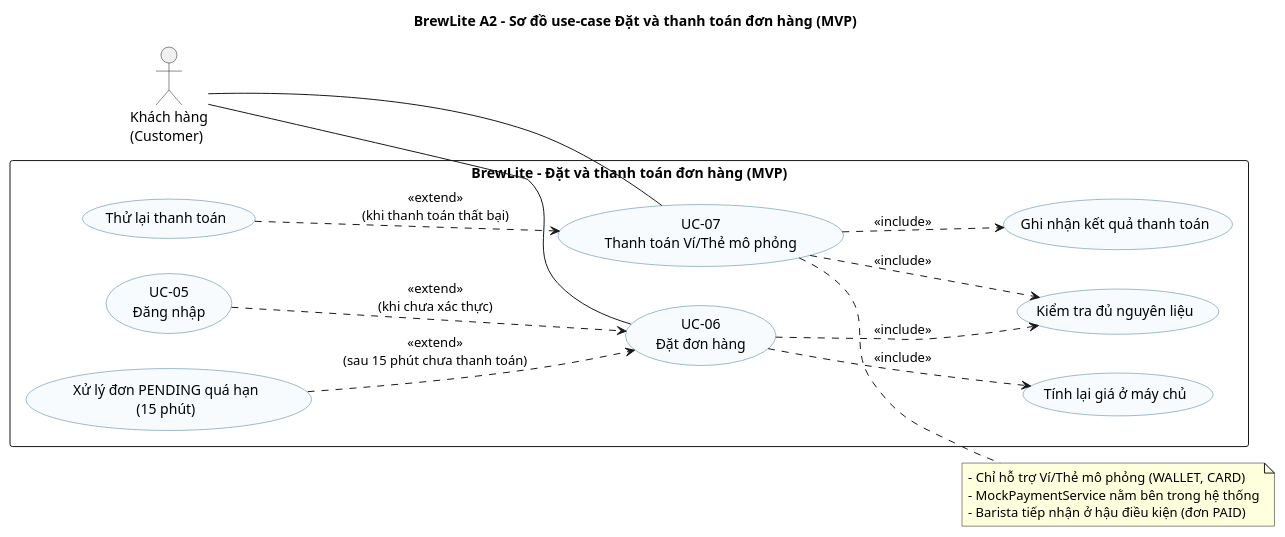
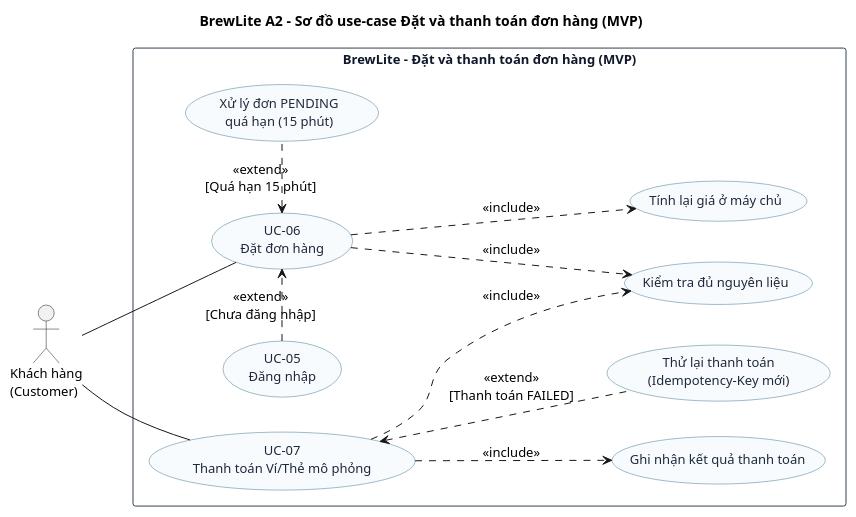
Before and after one commit to letan01012006/brewlite-a2: the diagram in docs/diagrams/use-case-checkout.puml, drawn with PlantUML. The commit also changed 2 other files, not shown here.

Commit message:
fix(diagrams): toi uu bo cuc diagram

```diff
--- a/docs/diagrams/use-case-checkout.puml
+++ b/docs/diagrams/use-case-checkout.puml
@@ -1,47 +1,56 @@
 @startuml BrewLite_A2_UseCase_Checkout
 left to right direction
 skinparam backgroundColor white
 skinparam shadowing false
 skinparam packageStyle rectangle
 skinparam actorStyle stickman
+skinparam nodesep 35
+skinparam ranksep 65
+skinparam defaultFontName "Arial"
+skinparam defaultFontSize 13
+
 skinparam usecase {
   BackgroundColor #F8FBFE
   BorderColor #417893
+  FontColor #1E293B
+}
+
+skinparam rectangle {
+  BorderColor #334155
+  FontColor #0F172A
+  FontStyle bold
 }
 
 title BrewLite A2 - Sơ đồ use-case Đặt và thanh toán đơn hàng (MVP)
 
 actor "Khách hàng\n(Customer)" as Customer
 
 rectangle "BrewLite - Đặt và thanh toán đơn hàng (MVP)" {
+  usecase "UC-05\nĐăng nhập" as UC05
   usecase "UC-06\nĐặt đơn hàng" as UC06
   usecase "UC-07\nThanh toán Ví/Thẻ mô phỏng" as UC07
 
   usecase "Tính lại giá ở máy chủ" as PRICE
   usecase "Kiểm tra đủ nguyên liệu" as STOCK
   usecase "Ghi nhận kết quả thanh toán" as RESULT
 
-  usecase "UC-05\nĐăng nhập" as UC05
-  usecase "Thử lại thanh toán" as RETRY
-  usecase "Xử lý đơn PENDING quá hạn\n(15 phút)" as EXPIRE
+  usecase "Xử lý đơn PENDING\nquá hạn (15 phút)" as EXPIRE
+  usecase "Thử lại thanh toán\n(Idempotency-Key mới)" as RETRY
 }
 
+' Quan hệ Actor - Use Case
 Customer -- UC06
 Customer -- UC07
 
+' Quan hệ <<include>>
 UC06 ..> PRICE : <<include>>
 UC06 ..> STOCK : <<include>>
 UC07 ..> STOCK : <<include>>
 UC07 ..> RESULT : <<include>>
 
-UC05 ..> UC06 : <<extend>>\n(khi chưa xác thực)
-RETRY ..> UC07 : <<extend>>\n(khi thanh toán thất bại)
-EXPIRE ..> UC06 : <<extend>>\n(sau 15 phút chưa thanh toán)
-
-note right of UC07
-  - Chỉ hỗ trợ Ví/Thẻ mô phỏng (WALLET, CARD)
-  - MockPaymentService nằm bên trong hệ thống
-  - Barista tiếp nhận ở hậu điều kiện (đơn PAID)
-end note
+' Quan hệ <<extend>> (tách hướng rõ ràng để không đè nhãn)
+UC05 .right.> UC06 : <<extend>>\n[Chưa đăng nhập]
+EXPIRE .left.> UC06 : <<extend>>\n[Quá hạn 15 phút]
+RETRY .up.> UC07 : <<extend>>\n[Thanh toán FAILED]
 
 @enduml
```
